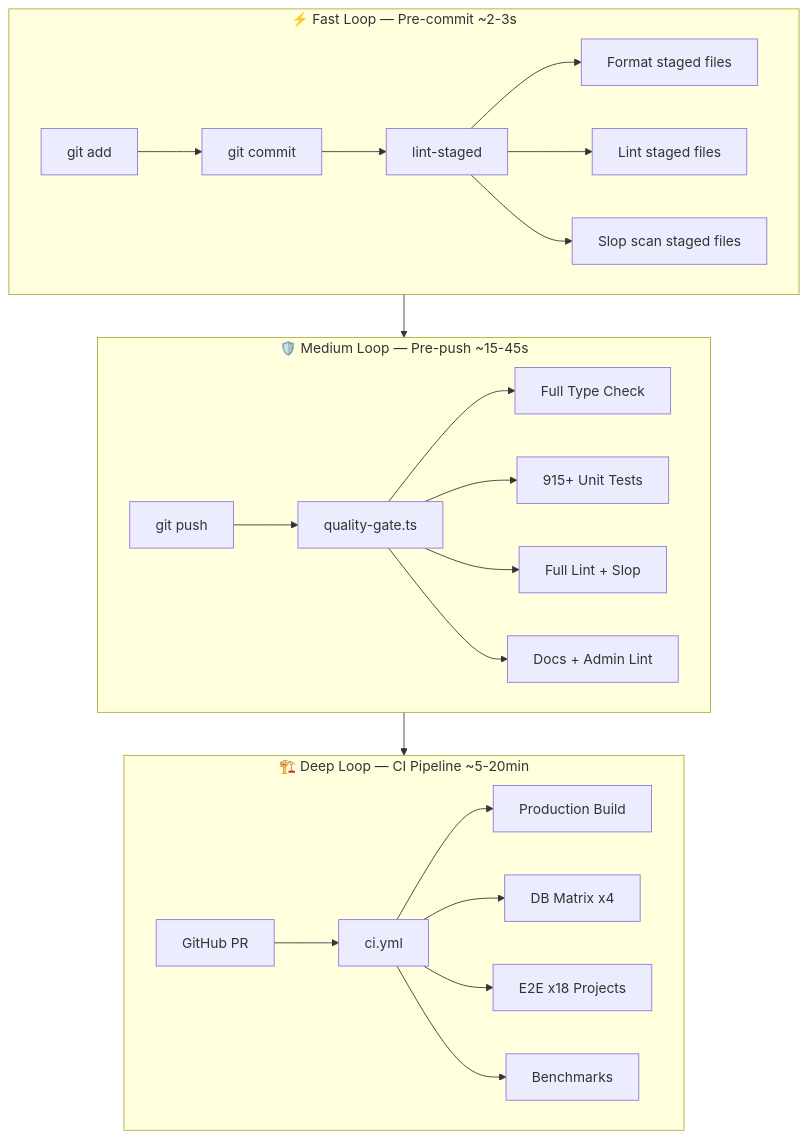
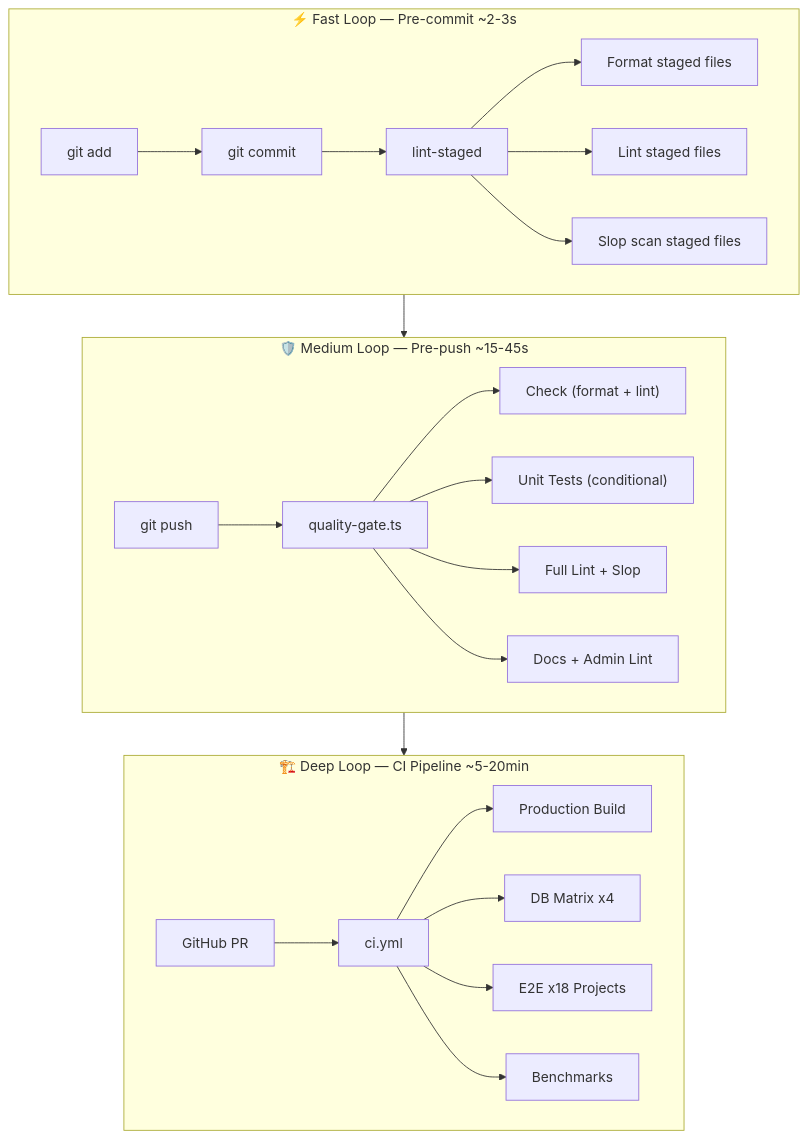
Before and after one commit to SveltyCMS/SveltyCMS: the first of 5 diagrams in docs/contributing/validation-pipeline.mdx, drawn with Mermaid. The commit also changed other lines of this file and 284 other files, not shown here.

````diff
--- a/docs/contributing/validation-pipeline.mdx
+++ b/docs/contributing/validation-pipeline.mdx
@@ -14,31 +14,31 @@
 ```mermaid
 flowchart TB
     subgraph FAST["⚡ Fast Loop — Pre-commit ~2-3s"]
         direction LR
         A1["git add"] --> A2["git commit"]
         A2 --> A3["lint-staged"]
         A3 --> A4["Format staged files"]
         A3 --> A5["Lint staged files"]
         A3 --> A6["Slop scan staged files"]
     end
 
     subgraph MEDIUM["🛡️ Medium Loop — Pre-push ~15-45s"]
         direction LR
         B1["git push"] --> B2["quality-gate.ts"]
-        B2 --> B3["Full Type Check"]
-        B2 --> B4["915+ Unit Tests"]
+        B2 --> B3["Check (format + lint)"]
+                B2 --> B4["Unit Tests (conditional)"]
         B2 --> B5["Full Lint + Slop"]
         B2 --> B6["Docs + Admin Lint"]
     end
 
     subgraph DEEP["🏗️ Deep Loop — CI Pipeline ~5-20min"]
         direction LR
         C1["GitHub PR"] --> C2["ci.yml"]
         C2 --> C3["Production Build"]
         C2 --> C4["DB Matrix x4"]
         C2 --> C5["E2E x18 Projects"]
         C2 --> C6["Benchmarks"]
     end
 
     FAST --> MEDIUM --> DEEP
 ```
````
